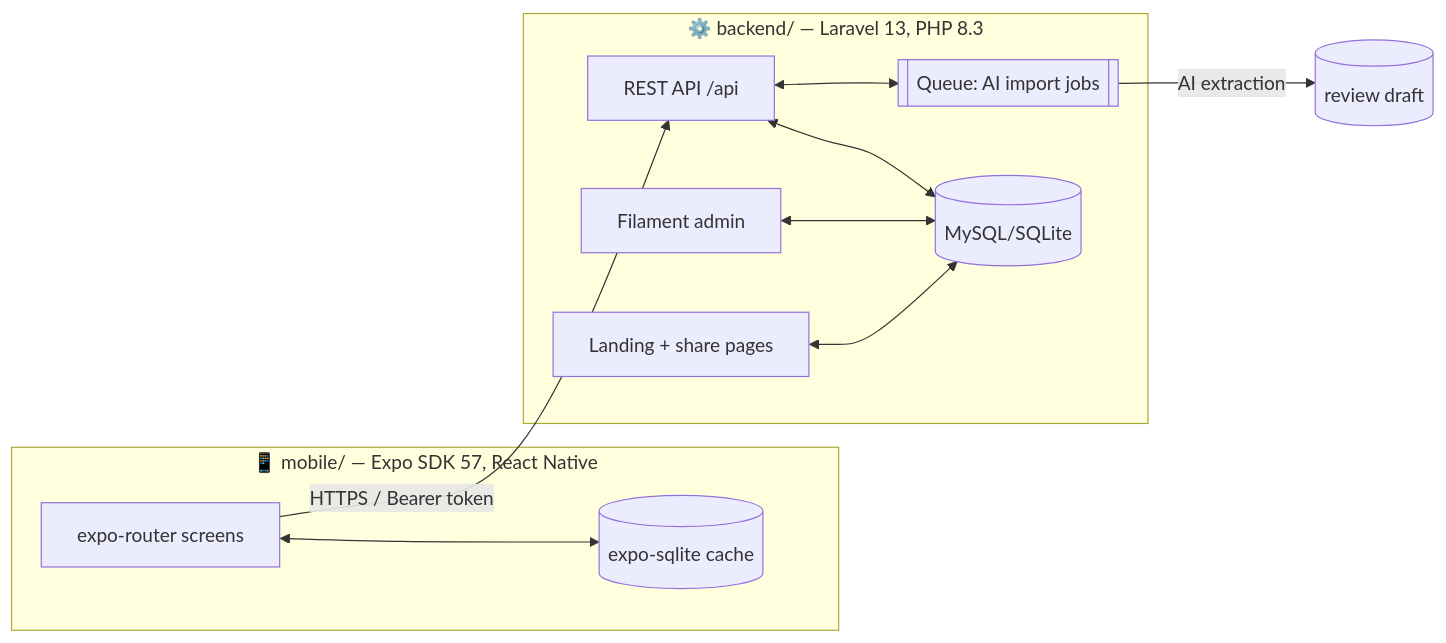
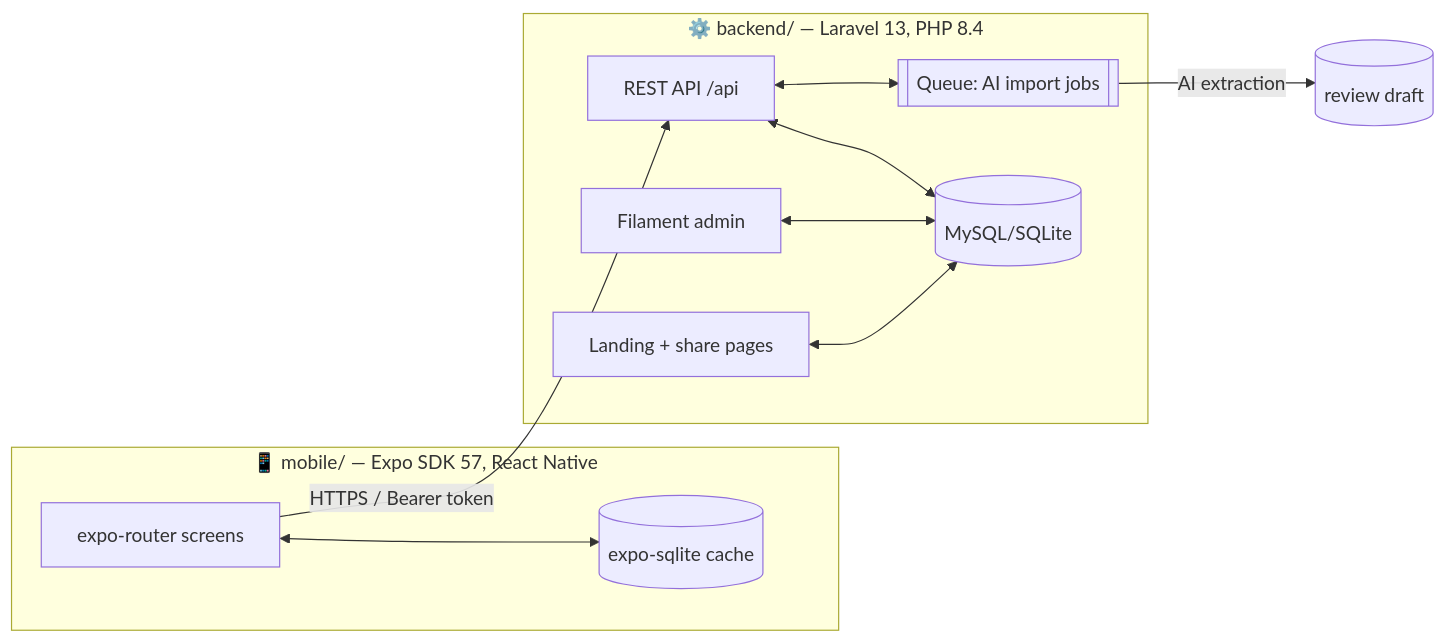
The diagram in README.md (SoftLand-Tech/recipe-real), drawn with Mermaid before and after one commit. The commit also changed other lines of this file and 115 other files, not shown here.

Commit message:
chore(ci): green CI — PHP 8.4, Pint-formatted backend, scoped mobile lint rules

````diff
--- a/README.md
+++ b/README.md
@@ -55,21 +55,21 @@
 ```mermaid
 flowchart LR
     subgraph Client["📱 mobile/ — Expo SDK 57, React Native"]
         UI[expo-router screens]
         DB[(expo-sqlite cache)]
         UI <--> DB
     end
-    subgraph Server["⚙️ backend/ — Laravel 13, PHP 8.3"]
+    subgraph Server["⚙️ backend/ — Laravel 13, PHP 8.4"]
         API[REST API /api]
         WEB[Landing + share pages]
         ADMIN[Filament admin]
         QUEUE[[Queue: AI import jobs]]
         SQL[(MySQL/SQLite)]
     end
     UI -- HTTPS / Bearer token --> API
     API <--> SQL
     API <--> QUEUE
     QUEUE -- AI extraction --> DRAFT[(review draft)]
     ADMIN <--> SQL
     WEB <--> SQL
 ```
````
